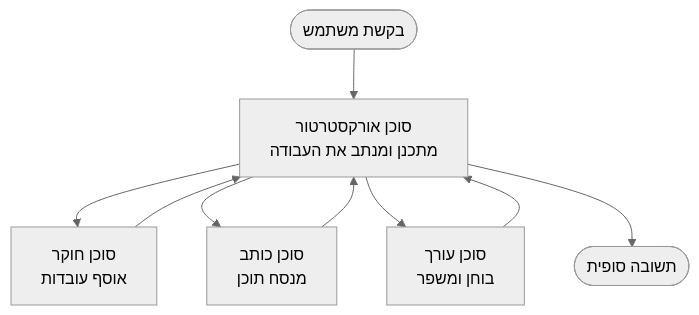
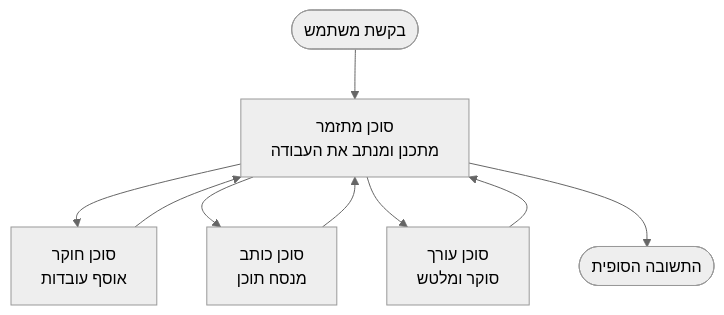
The diagram in translations/he/docs/chapter-05-multi-agent/multi-agent-basics.md (microsoft/AZD-for-beginners), drawn with Mermaid (neutral theme) before and after one commit. The commit also changed other lines of this file and 61 other files, not shown here.

````diff
--- a/translations/he/docs/chapter-05-multi-agent/multi-agent-basics.md
+++ b/translations/he/docs/chapter-05-multi-agent/multi-agent-basics.md
@@ -43,11 +43,11 @@
 ```mermaid
 graph TD
-    User([בקשת משתמש]) --> Orchestrator[סוכן אורקסטרטור<br/>מתכנן ומנתב את העבודה]
+    User([בקשת משתמש]) --> Orchestrator[סוכן מתזמר<br/>מתכנן ומנתב את העבודה]
     Orchestrator --> Researcher[סוכן חוקר<br/>אוסף עובדות]
     Orchestrator --> Writer[סוכן כותב<br/>מנסח תוכן]
-    Orchestrator --> Editor[סוכן עורך<br/>בוחן ומשפר]
+    Orchestrator --> Editor[סוכן עורך<br/>סוקר ומלטש]
     Researcher --> Orchestrator
     Writer --> Orchestrator
     Editor --> Orchestrator
-    Orchestrator --> Result([תשובה סופית])
+    Orchestrator --> Result([התשובה הסופית])
 ```
````
